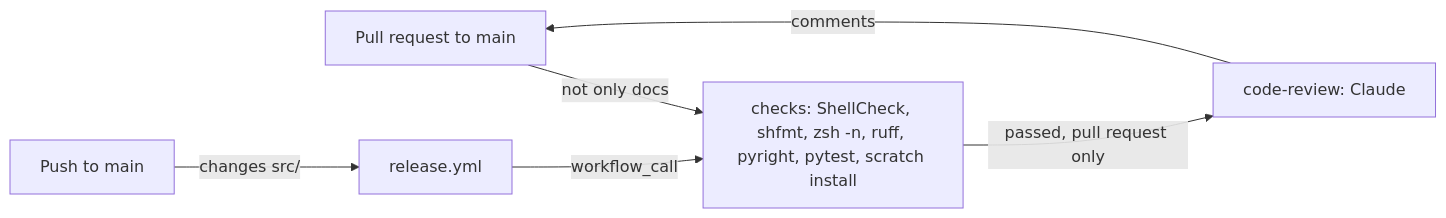
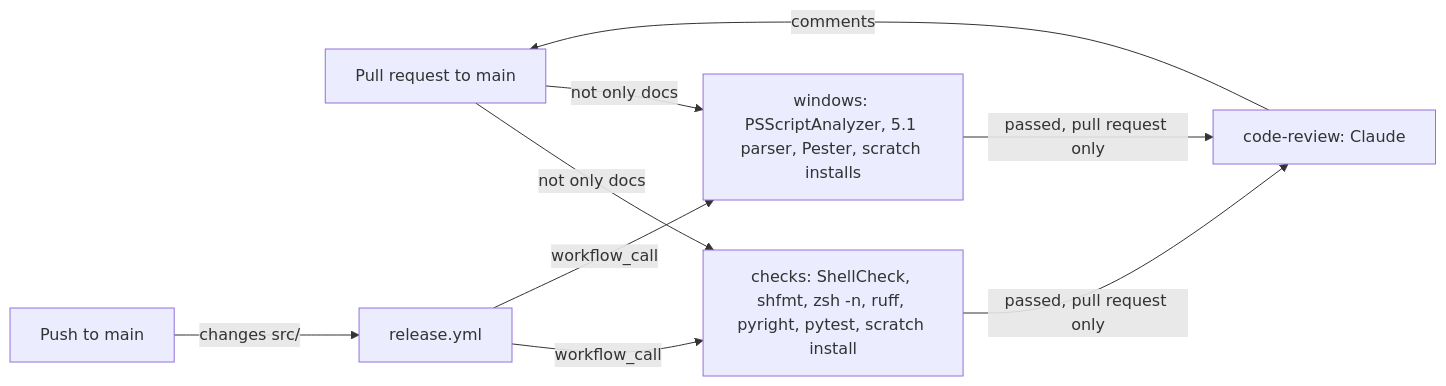
Before and after one commit to froazin/dotfiles: the diagram in docs/ci.md, drawn with Mermaid. The commit also changed other lines of this file and 45 other files, not shown here.

````diff
--- a/docs/ci.md
+++ b/docs/ci.md
@@ -20,10 +20,13 @@
 ```mermaid
 flowchart LR
     accTitle: The jobs in the CI workflow
-    accDescr: A pull request to main that changes more than docs starts the CI workflow directly. A push to main that changes src/ starts the release workflow, which calls the CI workflow. The checks job runs the checks from CLAUDE.md and a scratch install. On a pull request only, when the checks pass, the code-review job runs Claude, which comments on the pull request.
+    accDescr: A pull request to main that changes more than docs starts the CI workflow directly. A push to main that changes src/ starts the release workflow, which calls the CI workflow. The checks job runs the Linux checks from CLAUDE.md and a scratch install, and the windows job runs the PowerShell checks and scratch installs on Windows. On a pull request only, when both pass, the code-review job runs Claude, which comments on the pull request.
     pr["Pull request to main"] -->|"not only docs"| checks["checks: ShellCheck, shfmt, zsh -n, ruff, pyright, pytest, scratch install"]
+    pr -->|"not only docs"| windows["windows: PSScriptAnalyzer, 5.1 parser, Pester, scratch installs"]
     push["Push to main"] -->|"changes src/"| release["release.yml"]
     release -->|"workflow_call"| checks
+    release -->|"workflow_call"| windows
     checks -->|"passed, pull request only"| review["code-review: Claude"]
+    windows -->|"passed, pull request only"| review
     review -->|comments| pr
 ```
````
